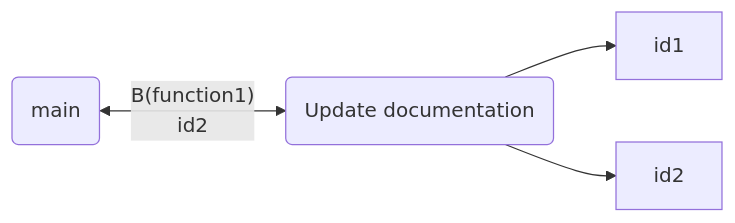
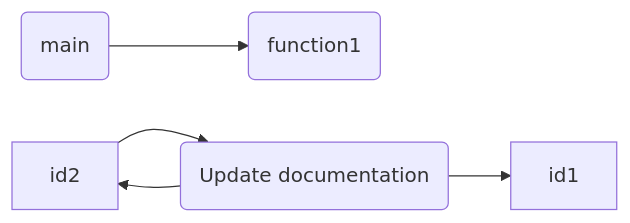
The diagram in README.md (SchardtS/ProjectTemplate), drawn with Mermaid before and after one commit.

````diff
--- a/README.md
+++ b/README.md
@@ -48,7 +48,7 @@
 ```mermaid
     graph LR
-        A(main) <-- B(function1)
+        A(main) --> B(function1)
         id2 --> id3(Update documentation)
         id3 --> id1
         id3 --> id2
 ```
````
